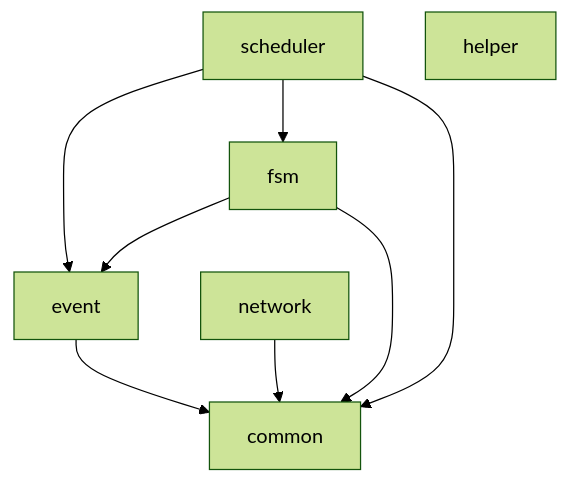
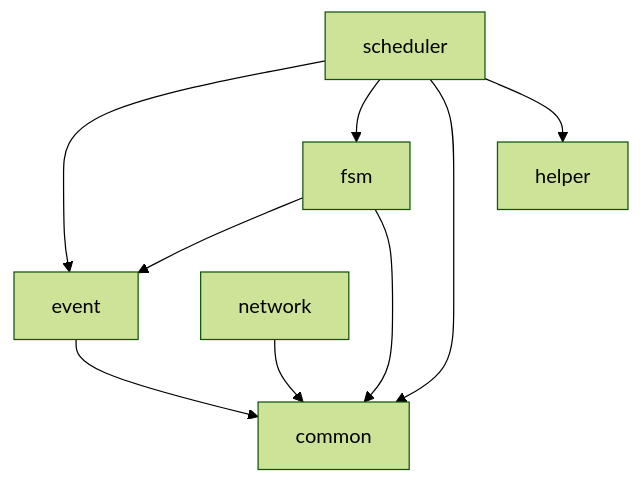
The first of 2 diagrams in docs/architecture.md (jovijovi/pypepper), drawn with Mermaid (forest theme) before and after one commit. The commit also changed other lines of this file and 47 other files, not shown here.

````diff
--- a/docs/architecture.md
+++ b/docs/architecture.md
@@ -7,17 +7,18 @@
 ```mermaid
 flowchart TB
   common[common]
   event[event]
   fsm[fsm]
   scheduler[scheduler]
   network[network]
   helper[helper]
 
   event --> common
   fsm --> event
   fsm --> common
   scheduler --> event
   scheduler --> fsm
   scheduler --> common
+  scheduler --> helper
   network --> common
 ```
````
